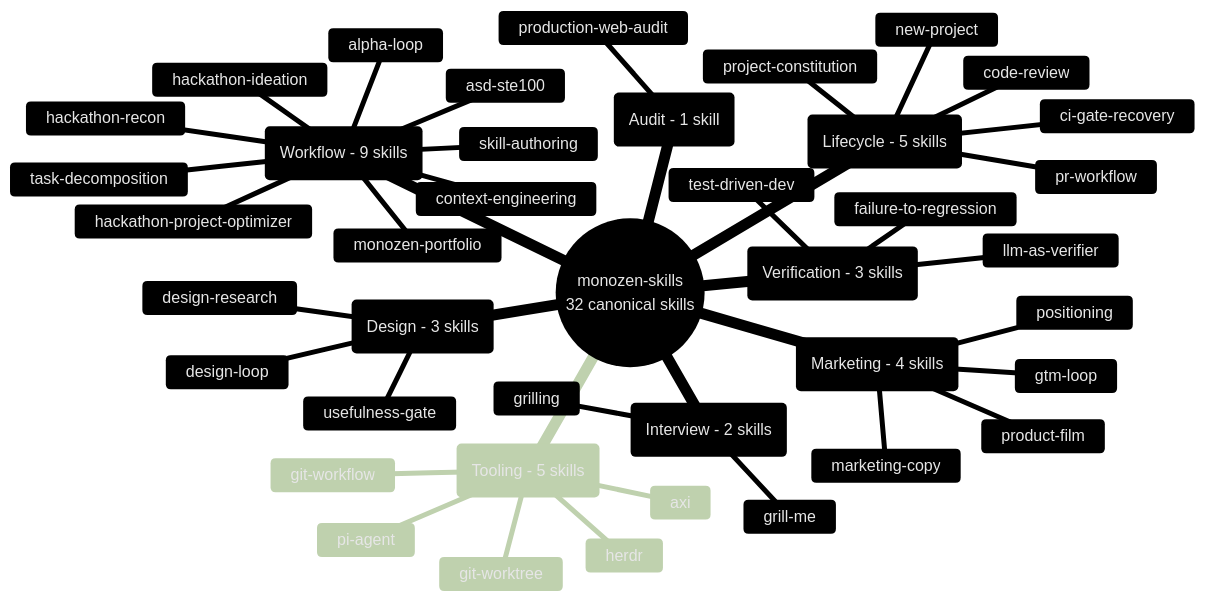
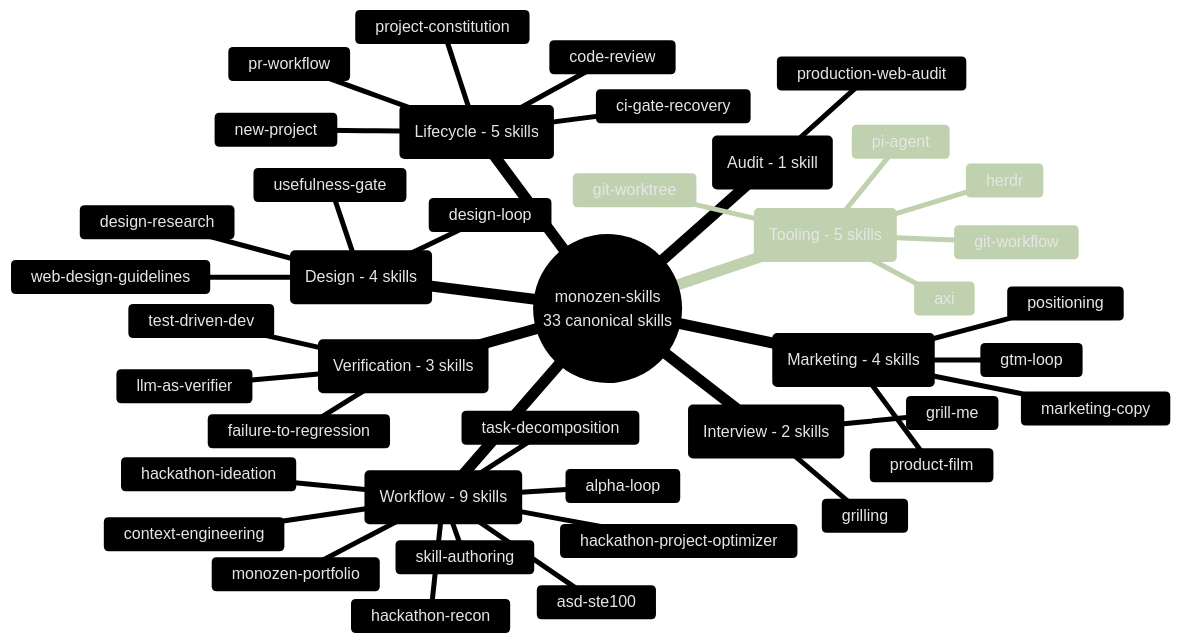
One commit to 8-BitRhyon/monozen-skills changed the diagram in assets/skill-taxonomy.mmd. Above: the diagram before and after it, drawn with Mermaid. The commit also changed 13 other files, not shown here.

Commit message:
feat(skills): add Vercel web design guidelines (#40)

```diff
--- a/assets/skill-taxonomy.mmd
+++ b/assets/skill-taxonomy.mmd
@@ -1,44 +1,45 @@
 %%{init: {'theme': 'base', 'themeVariables': {'primaryColor': '#1a1a2e', 'primaryTextColor': '#e6e6e6', 'primaryBorderColor': '#8b7eff', 'lineColor': '#5a5a8a', 'secondaryColor': '#12132b', 'tertiaryColor': '#0b0c15', 'fontFamily': 'Inter, system-ui, sans-serif'}}}%%
 
 mindmap
-  root((monozen-skills<br/>32 canonical skills))
+  root((monozen-skills<br/>33 canonical skills))
     ::_(Lifecycle - 5 skills)
       new-project
       project-constitution
       code-review
       pr-workflow
       ci-gate-recovery
     ::_(Verification - 3 skills)
       test-driven-dev
       failure-to-regression
       llm-as-verifier
     ::_(Interview - 2 skills)
       grill-me
       grilling
     ::_(Workflow - 9 skills)
       alpha-loop
       asd-ste100
       hackathon-ideation
       hackathon-project-optimizer
       hackathon-recon
       monozen-portfolio
       task-decomposition
       context-engineering
       skill-authoring
-    ::_(Design - 3 skills)
+    ::_(Design - 4 skills)
       design-loop
       design-research
       usefulness-gate
+      web-design-guidelines
     ::_(Marketing - 4 skills)
       gtm-loop
       marketing-copy
       positioning
       product-film
     ::_(Audit - 1 skill)
       production-web-audit
     ::_(Tooling - 5 skills)
       axi
       pi-agent
       herdr
       git-worktree
       git-workflow
```
